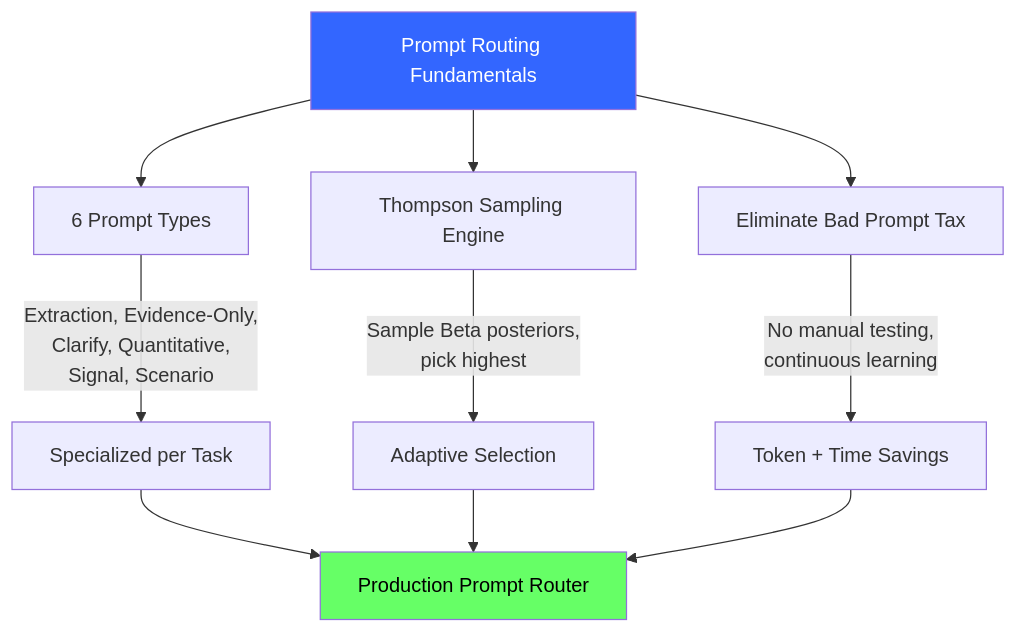
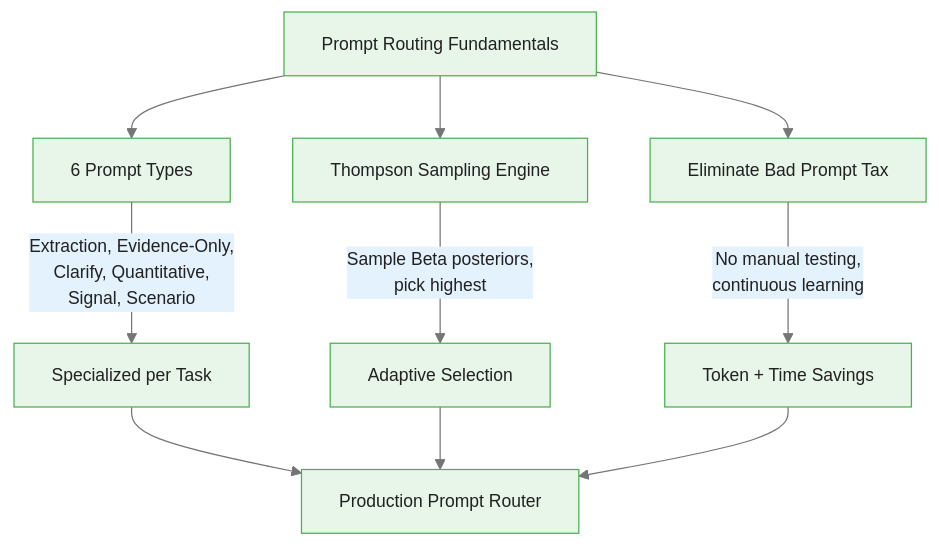
The fourth of 4 diagrams in courses/multi-armed-bandits-ab-testing/modules/module_08_prompt_routing_bandits/guides/01_prompt_routing_fundamentals_slides.md (m-deane/course-creator), drawn with Mermaid before and after one commit. The commit also changed other lines of this file and 146 other files, not shown here.

````diff
--- a/courses/multi-armed-bandits-ab-testing/modules/module_08_prompt_routing_bandits/guides/01_prompt_routing_fundamentals_slides.md
+++ b/courses/multi-armed-bandits-ab-testing/modules/module_08_prompt_routing_bandits/guides/01_prompt_routing_fundamentals_slides.md
@@ -238,15 +279,13 @@
 ```mermaid
+%%{init: {"theme": "base", "themeVariables": {"primaryColor": "#e8f5e9", "primaryBorderColor": "#4caf50", "primaryTextColor": "#212121", "secondaryColor": "#e3f2fd", "tertiaryColor": "#fff8e1", "lineColor": "#757575", "fontFamily": "Inter, sans-serif", "fontSize": "14px"}}}%%
 flowchart TD
     PRF["Prompt Routing Fundamentals"] --> Arms["6 Prompt Types"]
     PRF --> TS["Thompson Sampling Engine"]
     PRF --> Tax["Eliminate Bad Prompt Tax"]
 
     Arms --> |"Extraction, Evidence-Only,<br/>Clarify, Quantitative,<br/>Signal, Scenario"| Specialized["Specialized per Task"]
     TS --> |"Sample Beta posteriors,<br/>pick highest"| Adaptive["Adaptive Selection"]
     Tax --> |"No manual testing,<br/>continuous learning"| Efficient["Token + Time Savings"]
 
     Specialized & Adaptive & Efficient --> Router["Production Prompt Router"]
-
-    style PRF fill:#36f,color:#fff
-    style Router fill:#6f6,color:#000
 ```
````
